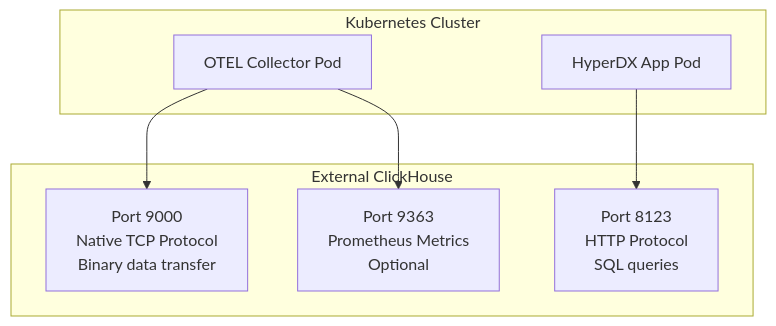
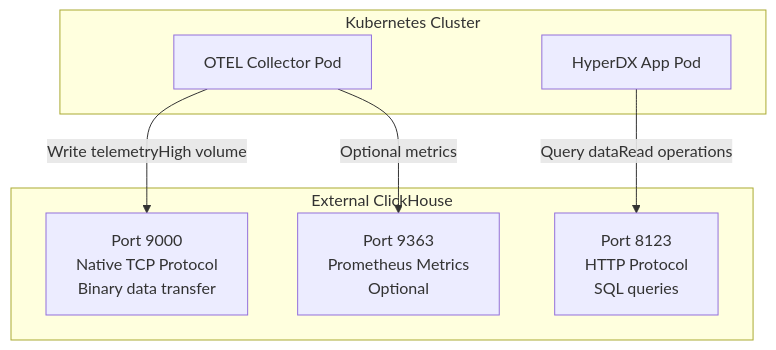
Before and after one commit to openchoreo/openchoreo: the fourth of 5 diagrams in docs/hyperdxio-helm-charts-docs/External-ClickHouse.md, drawn with Mermaid. The commit also changed other lines of this file and 85 other files, not shown here.

Commit message:
feat: Add new workflow and specification templates, update Helm chart dependencies, and clarify documentation diagrams.

````diff
--- a/docs/hyperdxio-helm-charts-docs/External-ClickHouse.md
+++ b/docs/hyperdxio-helm-charts-docs/External-ClickHouse.md
@@ -446,24 +446,24 @@
 ```mermaid
 flowchart TD
 
 OTELPod["OTEL Collector Pod"]
 AppPod["HyperDX App Pod"]
 CHNative["Port 9000<br>Native TCP Protocol<br>Binary data transfer"]
 CHHTTP["Port 8123<br>HTTP Protocol<br>SQL queries"]
 CHPrometheus["Port 9363<br>Prometheus Metrics<br>Optional"]
 
-OTELPod --> CHNative
-AppPod --> CHHTTP
-OTELPod --> CHPrometheus
+OTELPod -->|"Write telemetryHigh volume"| CHNative
+AppPod -->|"Query dataRead operations"| CHHTTP
+OTELPod -->|"Optional metrics"| CHPrometheus
 
 subgraph subGraph1 ["External ClickHouse"]
     CHNative
     CHHTTP
     CHPrometheus
 end
 
 subgraph subGraph0 ["Kubernetes Cluster"]
     OTELPod
     AppPod
 end
 ```
````
